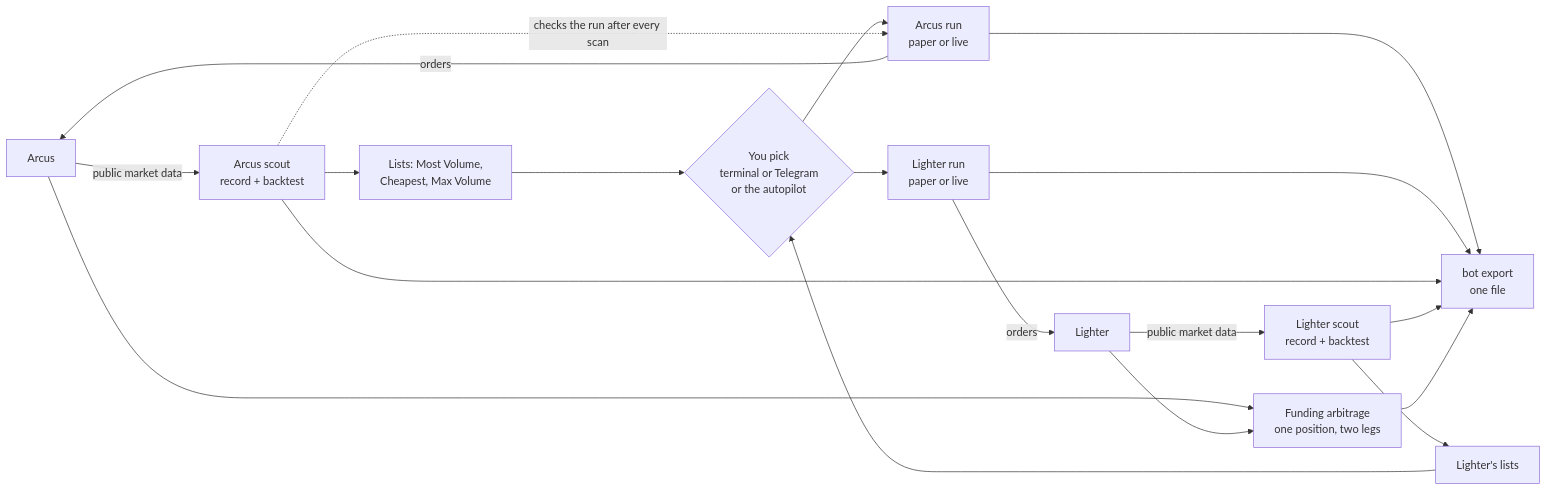
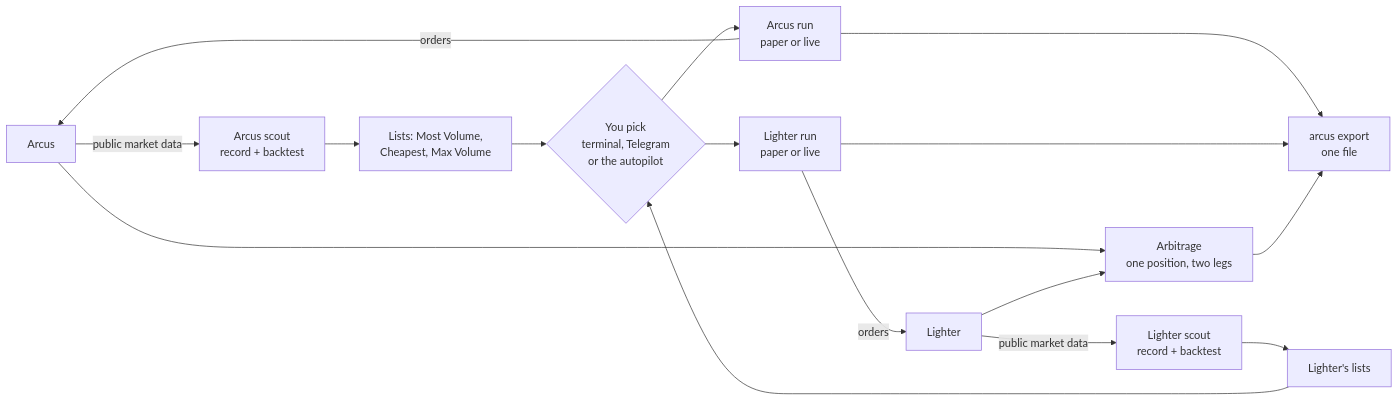
The diagram in README.md (dhruvamity/treading-bot), drawn with Mermaid before and after one commit. The commit also changed other lines of this file and 411 other files, not shown here.

First line of the commit message:
Three bots, one repository: arcus, lighter and arbitrage

````diff
--- a/README.md
+++ b/README.md
@@ -54,21 +48,18 @@
 ```mermaid
 flowchart LR
     AV[Arcus] -->|public market data| AS[Arcus scout<br/>record + backtest]
     LV[Lighter] -->|public market data| LS[Lighter scout<br/>record + backtest]
     AS --> AL[Lists: Most Volume,<br/>Cheapest, Max Volume]
     LS --> LL[Lighter's lists]
-    AL --> YOU{You pick<br/>terminal or Telegram<br/>or the autopilot}
+    AL --> YOU{You pick<br/>terminal, Telegram<br/>or the autopilot}
     LL --> YOU
     YOU --> AR[Arcus run<br/>paper or live]
-    YOU --> LR2[Lighter run<br/>paper or live]
+    YOU --> LR[Lighter run<br/>paper or live]
     AR -->|orders| AV
-    LR2 -->|orders| LV
-    AS -. checks the run after every scan .-> AR
-    AV --> ARB[Funding arbitrage<br/>one position, two legs]
+    LR -->|orders| LV
+    AV --> ARB[Arbitrage<br/>one position, two legs]
     LV --> ARB
-    AR --> EX[bot export<br/>one file]
-    LR2 --> EX
-    AS --> EX
-    LS --> EX
+    AR --> EX[arcus export<br/>one file]
+    LR --> EX
     ARB --> EX
 ```
````
